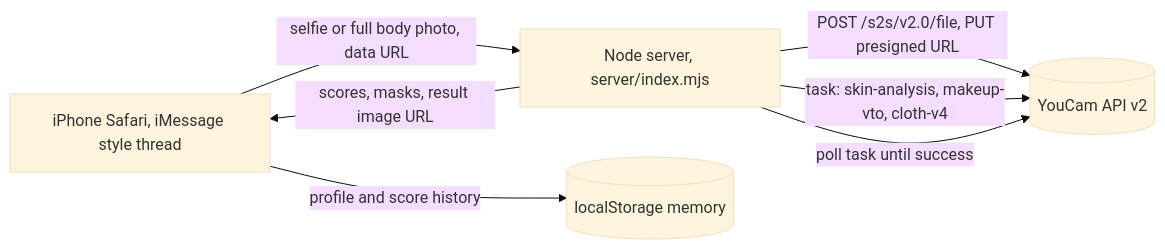
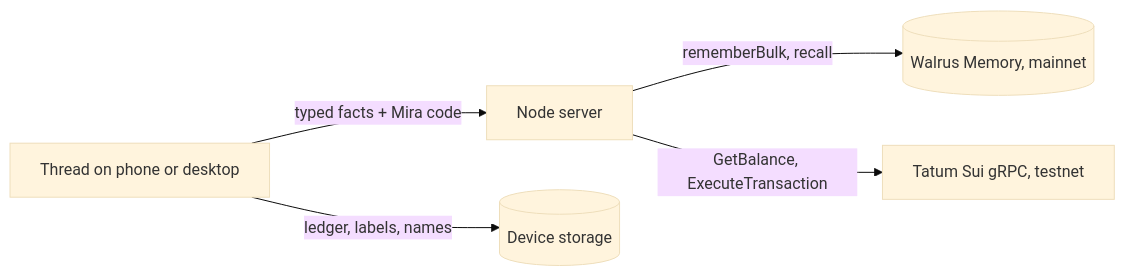
Before and after one commit to UyLeQuoc/total-recall-mira: the diagram in README.md, drawn with Mermaid (base theme). The commit also changed other lines of this file and 92 other files, not shown here.

First line of the commit message:
F1–F13: Mira becomes the money friend you text (ADR-0002 to ADR-0008)

````diff
--- a/README.md
+++ b/README.md
@@ -52,9 +58,7 @@
 ```mermaid
 flowchart LR
-  U[iPhone Safari, iMessage style thread] -->|selfie or full body photo, data URL| S[Node server, server/index.mjs]
-  S -->|POST /s2s/v2.0/file, PUT presigned URL| Y[(YouCam API v2)]
-  S -->|task: skin-analysis, makeup-vto, cloth-v4| Y
-  S -->|poll task until success| Y
-  S -->|scores, masks, result image URL| U
-  U -->|profile and score history| L[(localStorage memory)]
+  P[Thread on phone or desktop] -->|typed facts + Mira code| S[Node server]
+  P -->|ledger, labels, names| D[(Device storage)]
+  S -->|rememberBulk, recall| W[(Walrus Memory, mainnet)]
+  S -->|GetBalance, ExecuteTransaction| T[Tatum Sui gRPC, testnet]
 ```
````
